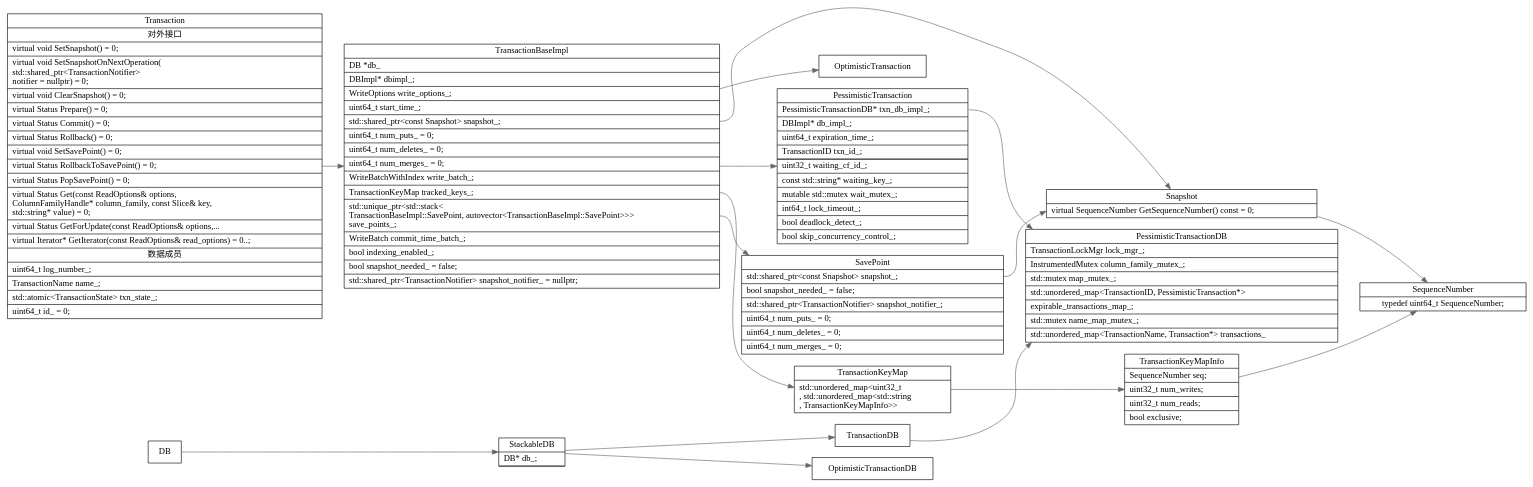
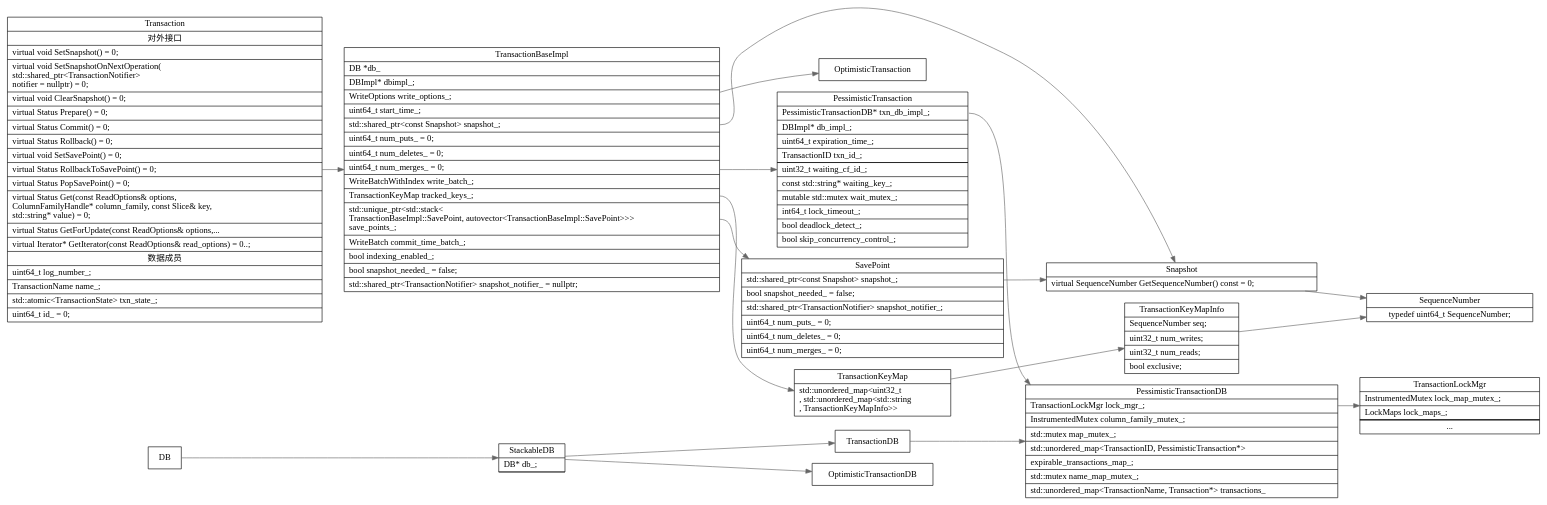
Before and after one commit to xieyu/blog: the diagram in src/rocksdb/transaction-struct.dot, drawn with Graphviz. The commit also changed 10 other files, not shown here.

```diff
--- a/src/rocksdb/transaction-struct.dot
+++ b/src/rocksdb/transaction-struct.dot
@@ -1,161 +1,175 @@
 digraph transaction_struct {
   node[shape=box];
   edge[color=gray40];
   newrank=true;
   rankdir=LR;
   Transaction[
     shape="record";
     label="{{
       Transaction|
         对外接口|
         virtual void SetSnapshot() = 0;\l|
         virtual void SetSnapshotOnNextOperation(\l
       std::shared_ptr\<TransactionNotifier\>\l notifier = nullptr) = 0;\l|
         virtual void ClearSnapshot() = 0;\l|
         virtual Status Prepare() = 0;\l|
         virtual Status Commit() = 0;\l|
         virtual Status Rollback() = 0;\l|
         virtual void SetSavePoint() = 0;\l|
         virtual Status RollbackToSavePoint() = 0;\l|
         virtual Status PopSavePoint() = 0;\l|
         virtual Status Get(const ReadOptions& options,\l
                      ColumnFamilyHandle* column_family, const Slice& key,\l
                      std::string* value) = 0;\l|
         virtual Status GetForUpdate(const ReadOptions& options,...\l|
         virtual Iterator* GetIterator(const ReadOptions& read_options) = 0..;\l|
         数据成员|
         uint64_t log_number_;\l|
         TransactionName name_;\l|
         std::atomic\<TransactionState\> txn_state_;\l|
         uint64_t id_ = 0;\l
     }}";
   ];
   Transaction -> TransactionBaseImpl;
 
   TransactionBaseImpl[
     shape="record";
     label="{{
       TransactionBaseImpl|
       DB *db_\l|
       DBImpl* dbimpl_;\l|
       WriteOptions write_options_;\l|
       uint64_t start_time_;\l|
       <Snapshot> std::shared_ptr\<const Snapshot\> snapshot_;\l|
       uint64_t num_puts_ = 0;\l|
       uint64_t num_deletes_ = 0;\l|
       uint64_t num_merges_ = 0;\l|
       WriteBatchWithIndex write_batch_;\l|
       <TransactionKeyMap> TransactionKeyMap tracked_keys_;\l|
       <SavePoint> std::unique_ptr\<std::stack\<\lTransactionBaseImpl::SavePoint,
                              autovector\<TransactionBaseImpl::SavePoint\>\>\>\l
       save_points_;\l|
       WriteBatch commit_time_batch_;\l|
       bool indexing_enabled_;\l|
       bool snapshot_needed_ = false;\l|
       std::shared_ptr\<TransactionNotifier\> snapshot_notifier_ = nullptr;\l
     }}";
   ];
   TransactionBaseImpl:SavePoint -> SavePoint;
   TransactionBaseImpl:Snapshot -> Snapshot;
   TransactionBaseImpl:TransactionKeyMap -> TransactionKeyMap;
   TransactionBaseImpl -> OptimisticTransaction;
   TransactionBaseImpl -> PessimisticTransaction;
 
   SavePoint[
     shape="record";
     label="{{
       SavePoint|
       <Snapshot> std::shared_ptr\<const Snapshot\> snapshot_;\l|
       bool snapshot_needed_ = false;\l|
       std::shared_ptr\<TransactionNotifier\> snapshot_notifier_;\l|
       uint64_t num_puts_ = 0;\l|
       uint64_t num_deletes_ = 0;\l|
       uint64_t num_merges_ = 0;\l
     }}";
   ];
   SavePoint:Snapshot -> Snapshot;
 
   PessimisticTransaction[
     shape="record";
     label="{{
       PessimisticTransaction|
         <PessimisticTransactionDB> PessimisticTransactionDB* txn_db_impl_;\l|
         DBImpl* db_impl_;\l|
         uint64_t expiration_time_;\l|
         TransactionID txn_id_;\l|
         autovector<TransactionID> waiting_txn_ids_;\l|
         uint32_t waiting_cf_id_;\l|
         const std::string* waiting_key_;\l|
         mutable std::mutex wait_mutex_;\l|
         int64_t lock_timeout_;\l|
         bool deadlock_detect_;\l|
         bool skip_concurrency_control_;\l
     }}";
   ];
   PessimisticTransaction:PessimisticTransactionDB -> PessimisticTransactionDB;
 
   PessimisticTransactionDB[
     shape="record";
     label="{{
       PessimisticTransactionDB|
-        TransactionLockMgr lock_mgr_;\l|
+        <TransactionLockMgr> TransactionLockMgr lock_mgr_;\l|
         InstrumentedMutex column_family_mutex_;\l|
         std::mutex map_mutex_;\l|
         std::unordered_map\<TransactionID, PessimisticTransaction*\>\l|
         expirable_transactions_map_;\l|
         std::mutex name_map_mutex_;\l|
         std::unordered_map\<TransactionName, Transaction*\> transactions_\l
     }}";
   ];
+  PessimisticTransactionDB:TransactionLockMgr -> TransactionLockMgr;
 
   DB -> StackableDB -> TransactionDB -> PessimisticTransactionDB;
   StackableDB -> OptimisticTransactionDB;
 
   StackableDB[
     shape="record";
     label="{{
       StackableDB|
         DB* db_;\l|
         std::shared_ptr<DB> shared_db_ptr_;\l
     }}";
   ];
 
   Snapshot[
     shape="record";
     label="{{
       Snapshot|
         virtual SequenceNumber GetSequenceNumber() const = 0;\l
     }}";
   ];
   Snapshot -> SequenceNumber;
   SequenceNumber[
     shape="record";
     label="{{
       SequenceNumber|
         typedef uint64_t SequenceNumber;
     }}";
   ];
 
 
   TransactionKeyMap[
     shape="record";
     label="{{
       TransactionKeyMap|
         std::unordered_map\<uint32_t\l,
         std::unordered_map\<std::string\l, TransactionKeyMapInfo\>\>\l
     }}";
   ];
 
   TransactionKeyMap -> TransactionKeyMapInfo;
   TransactionKeyMapInfo[
     shape="record";
     label="{{
       TransactionKeyMapInfo|
         <SequenceNumber> SequenceNumber seq;\l|
         uint32_t num_writes;\l|
         uint32_t num_reads;\l|
         bool exclusive;\l
     }}";
   ];
   TransactionKeyMapInfo -> SequenceNumber;
+
+  TransactionLockMgr[
+    shape="record"
+    label="{{
+      TransactionLockMgr|
+        InstrumentedMutex lock_map_mutex_;\l|
+        LockMaps lock_maps_;\l|
+        std::unique_ptr<ThreadLocalPtr> lock_maps_cache_;\l|
+        std::unique_ptr<ThreadLocalPtr> lock_maps_cache_;\l|
+        ...
+    }}"
+  ];
+
 }
```
